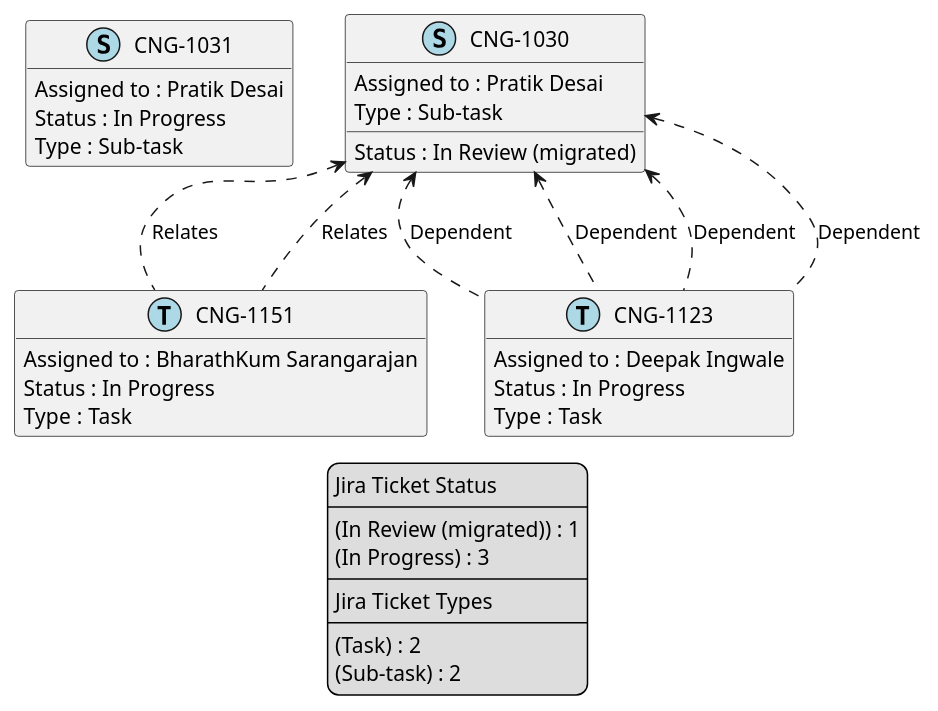
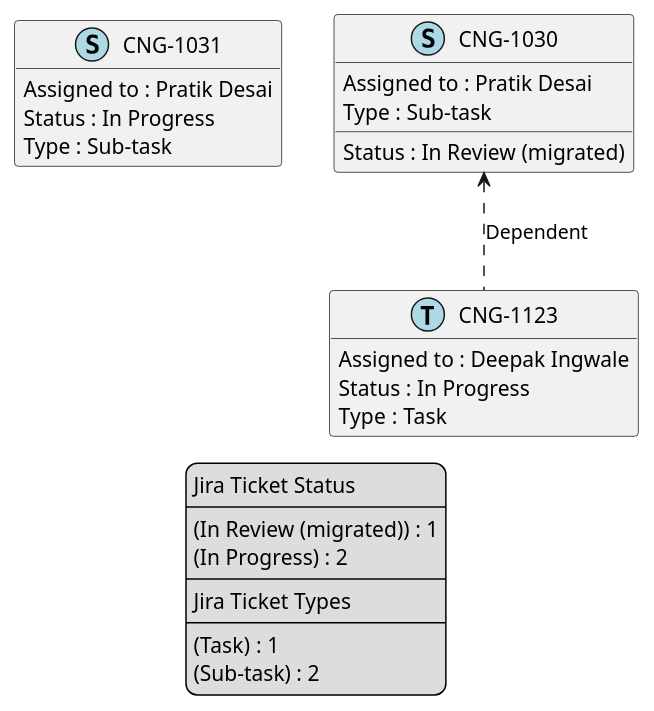
Before and after one commit to brunasti/jiraplotter: the diagram in temp/jira-Pratik Desai.puml, drawn with PlantUML. The commit also changed 53 other files, not shown here.

```diff
--- a/temp/jira-Pratik Desai.puml
+++ b/temp/jira-Pratik Desai.puml
@@ -1,58 +1,47 @@
 @startuml
 'https://plantuml.com/class-diagram
 
 ' GENERATE CLASS DIAGRAM ===========
-' Generated at    : Mon Apr 15 15:18:49 CEST 2024
+' Generated at    : Mon Apr 15 15:33:04 CEST 2024
 
 hide empty members
 
 legend
 Jira Ticket Status
 ----
 (In Review (migrated)) : 1
-(In Progress) : 3
+(In Progress) : 2
 ----
 Jira Ticket Types
 ----
-(Task) : 2
+(Task) : 1
 (Sub-task) : 2
 end legend
 
 
 ' Tickets =======
 class "CNG-1031" << (S,lightblue) >> {
   Assigned to : Pratik Desai
   Status : In Progress
   Type : Sub-task
 }
 
 class "CNG-1030" << (S,lightblue) >> {
   Assigned to : Pratik Desai
   Status : In Review (migrated)
   Type : Sub-task
 }
 
-class "CNG-1151" << (T,lightblue) >> {
-  Assigned to : BharathKum Sarangarajan
-  Status : In Progress
-  Type : Task
-}
-
 class "CNG-1123" << (T,lightblue) >> {
   Assigned to : Deepak Ingwale
   Status : In Progress
   Type : Task
 }
 
 
 
 ' Links =======
 "CNG-1030" <.. "CNG-1123" : Dependent
-"CNG-1030" <.. "CNG-1151" : Relates
-"CNG-1030" <.. "CNG-1123" : Dependent
-"CNG-1030" <.. "CNG-1151" : Relates
-"CNG-1030" <.. "CNG-1123" : Dependent
-"CNG-1030" <.. "CNG-1123" : Dependent
 
 
 @enduml
```
